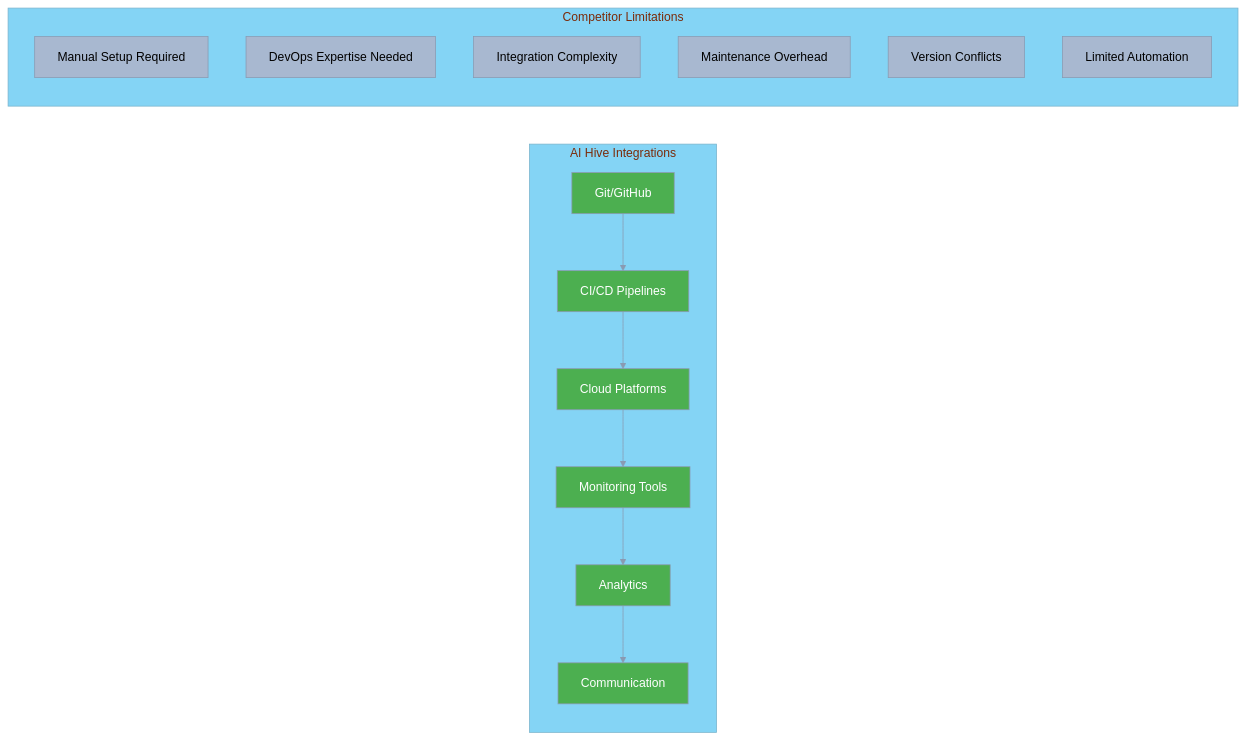
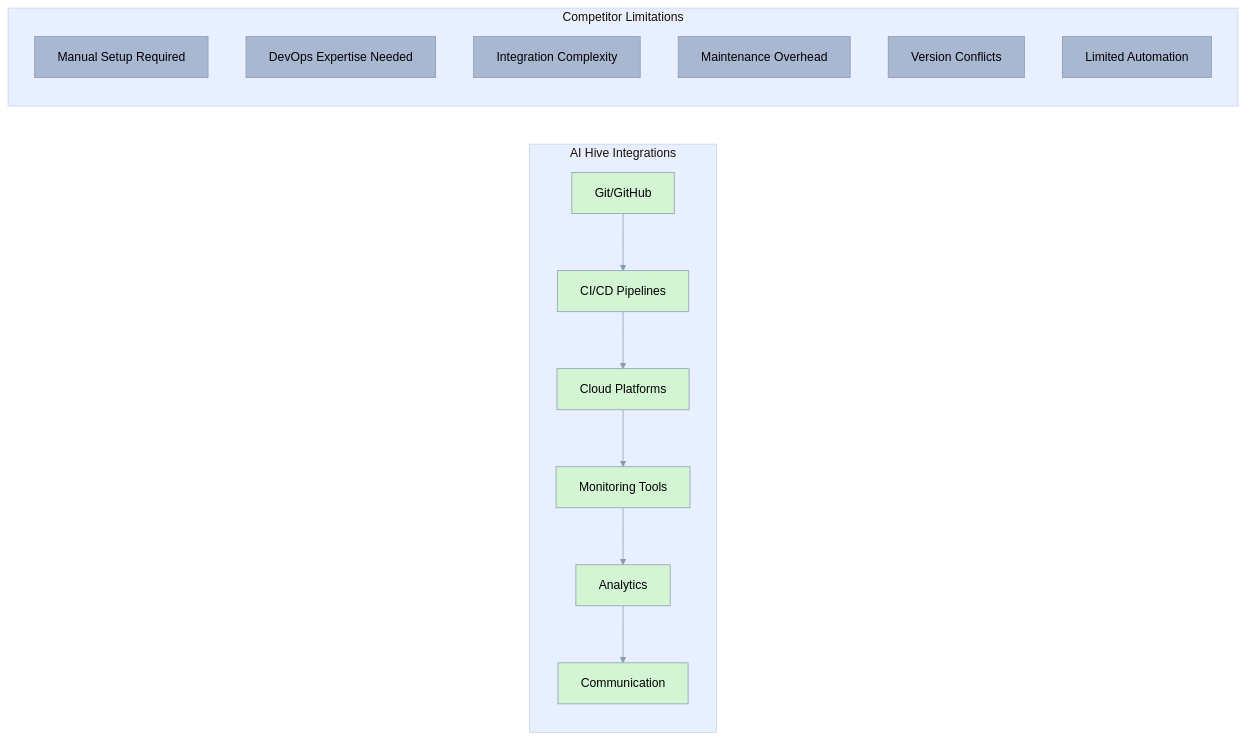
One commit to o2alexanderfedin/AI-Hive-Business-Docs changed the fourth of 10 diagrams in business-documents/competitive-positioning/04-feature-comparison.md. Above: the diagram before and after it, drawn with Mermaid. The commit also changed other lines of this file and 3 other files, not shown here.

````diff
--- a/business-documents/competitive-positioning/04-feature-comparison.md
+++ b/business-documents/competitive-positioning/04-feature-comparison.md
@@ -300,38 +337,38 @@
 ```mermaid
 %%{init: {
   'theme': 'base',
   'themeVariables': {
     'primaryColor': '#A8B8D0',
     'primaryTextColor': '#000000',
     'primaryBorderColor': '#8A9AB2',
     'lineColor': '#8A9AB2',
-    'secondaryColor': '#5DBCB6',
-    'tertiaryColor': '#84D4F5',
+    'secondaryColor': '#B8E0D8',
+    'tertiaryColor': '#E8F0FF',
     'background': '#F5F5F5'
   }
 }}%%
 graph LR
     subgraph "AI Hive Integrations"
         A1[Git/GitHub] --> B1[CI/CD Pipelines]
         B1 --> C1[Cloud Platforms]
         C1 --> D1[Monitoring Tools]
         D1 --> E1[Analytics]
         E1 --> F1[Communication]
 
-        style A1 fill:#4CAF50,color:#fff
-        style B1 fill:#4CAF50,color:#fff
-        style C1 fill:#4CAF50,color:#fff
-        style D1 fill:#4CAF50,color:#fff
-        style E1 fill:#4CAF50,color:#fff
-        style F1 fill:#4CAF50,color:#fff
+        style A1 fill:#D4F5D4,color:#000
+        style B1 fill:#D4F5D4,color:#000
+        style C1 fill:#D4F5D4,color:#000
+        style D1 fill:#D4F5D4,color:#000
+        style E1 fill:#D4F5D4,color:#000
+        style F1 fill:#D4F5D4,color:#000
     end
 
     subgraph "Competitor Limitations"
         A2[Manual Setup Required]
         B2[DevOps Expertise Needed]
         C2[Integration Complexity]
         D2[Maintenance Overhead]
         E2[Version Conflicts]
         F2[Limited Automation]
     end
 ```
````
